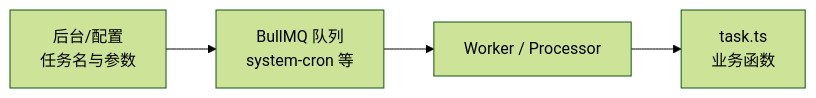
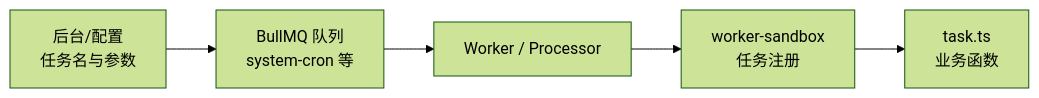
One commit to meishanlaoyao/elysia-admin changed the diagram in docs/guide/cron.md. Above: the diagram before and after it, drawn with Mermaid (forest theme). The commit also changed other lines of this file and 16 other files, not shown here.

````diff
--- a/docs/guide/cron.md
+++ b/docs/guide/cron.md
@@ -97,6 +120,7 @@
 ```mermaid
 flowchart LR
     CFG[后台/配置<br/>任务名与参数] --> Q[BullMQ 队列<br/>system-cron 等]
     Q --> W[Worker / Processor]
-    W --> T[task.ts<br/>业务函数]
+    W --> SB[worker-sandbox<br/>任务注册]
+    SB --> T[task.ts<br/>业务函数]
 ```
````
